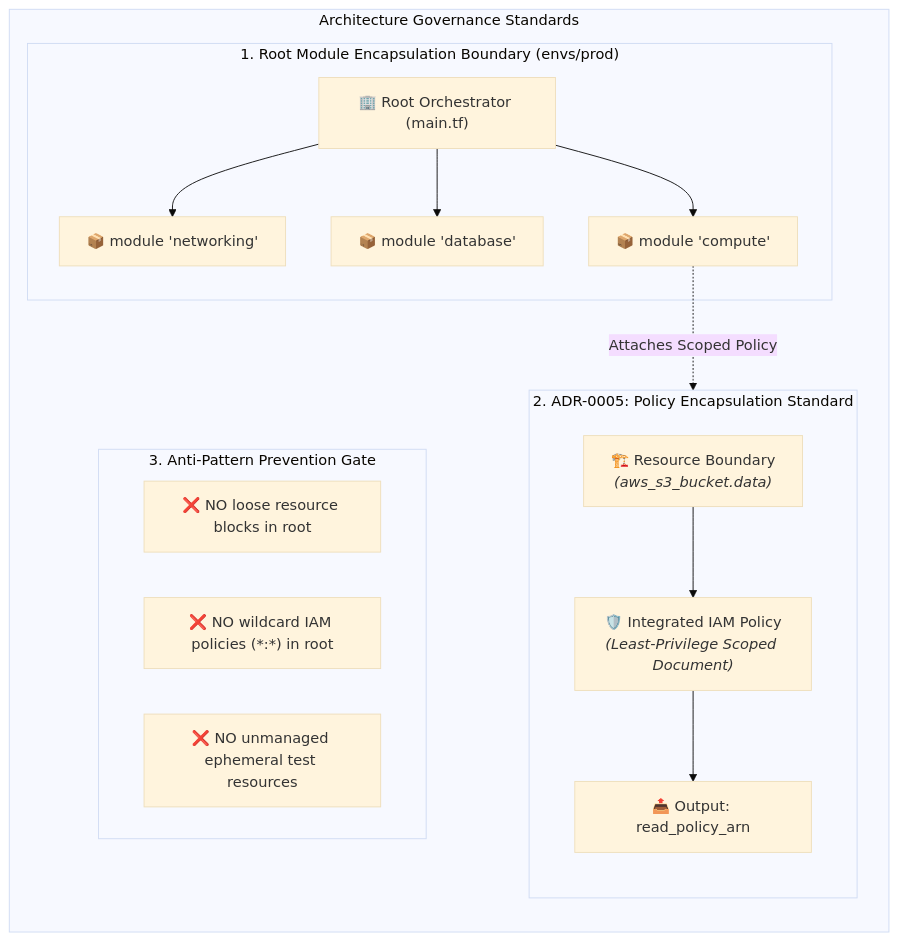
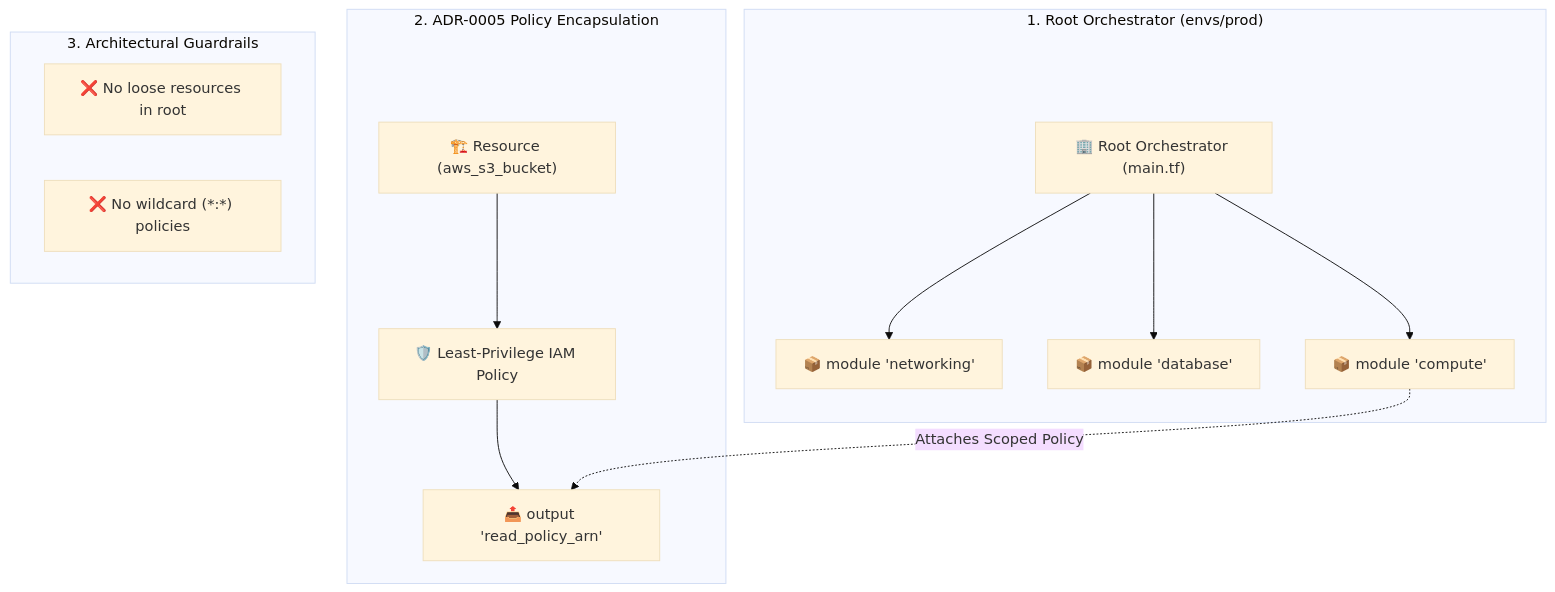
Before and after one commit to dnf0/terralings: the diagram in docs/guides/13-governance.md, drawn with Mermaid (base theme). The commit also changed other lines of this file and 18 other files, not shown here.

First line of the commit message:
docs(guides): simplify mermaid diagrams and add conceptual breakdowns (#24)

````diff
--- a/docs/guides/13-governance.md
+++ b/docs/guides/13-governance.md
@@ -17,34 +17,22 @@
 ```mermaid
 flowchart TD
-    subgraph GovernanceArchitecture["Architecture Governance Standards"]
-        direction TB
-        
-        subgraph RootBoundary["1. Root Module Encapsulation Boundary (envs/prod)"]
-            Root["🏢 Root Orchestrator (main.tf)"]
-            NetMod["📦 module 'networking'"]
-            DBMod["📦 module 'database'"]
-            AppMod["📦 module 'compute'"]
-            
-            Root --> NetMod
-            Root --> DBMod
-            Root --> AppMod
-        end
-
-        subgraph PolicyEncapsulation["2. ADR-0005: Policy Encapsulation Standard"]
-            direction TB
-            ResourceNode["🏗️ Resource Boundary<br/><i>(aws_s3_bucket.data)</i>"]
-            PolicyNode["🛡️ Integrated IAM Policy<br/><i>(Least-Privilege Scoped Document)</i>"]
-            ExportedPolicy["📤 Output: read_policy_arn"]
-            
-            ResourceNode --> PolicyNode --> ExportedPolicy
-        end
-
-        subgraph Enforcement["3. Anti-Pattern Prevention Gate"]
-            Anti1["❌ NO loose resource blocks in root"]
-            Anti2["❌ NO wildcard IAM policies (*:*) in root"]
-            Anti3["❌ NO unmanaged ephemeral test resources"]
-        end
+    subgraph Root["1. Root Orchestrator (envs/prod)"]
+        Main["🏢 Root Orchestrator (main.tf)"]
+        NetMod["📦 module 'networking'"]
+        DBMod["📦 module 'database'"]
+        AppMod["📦 module 'compute'"]
+        Main --> NetMod & DBMod & AppMod
     end
 
-    AppMod -.->|"Attaches Scoped Policy"| ExportedPolicy
+    subgraph Policy["2. ADR-0005 Policy Encapsulation"]
+        Res["🏗️ Resource (aws_s3_bucket)"] --> IAM["🛡️ Least-Privilege IAM Policy"]
+        IAM --> Output["📤 output 'read_policy_arn'"]
+    end
+
+    subgraph Rules["3. Architectural Guardrails"]
+        NoRoot["❌ No loose resources in root"]
+        NoWild["❌ No wildcard (*:*) policies"]
+    end
+
+    AppMod -.->|"Attaches Scoped Policy"| Output
 ```
````
